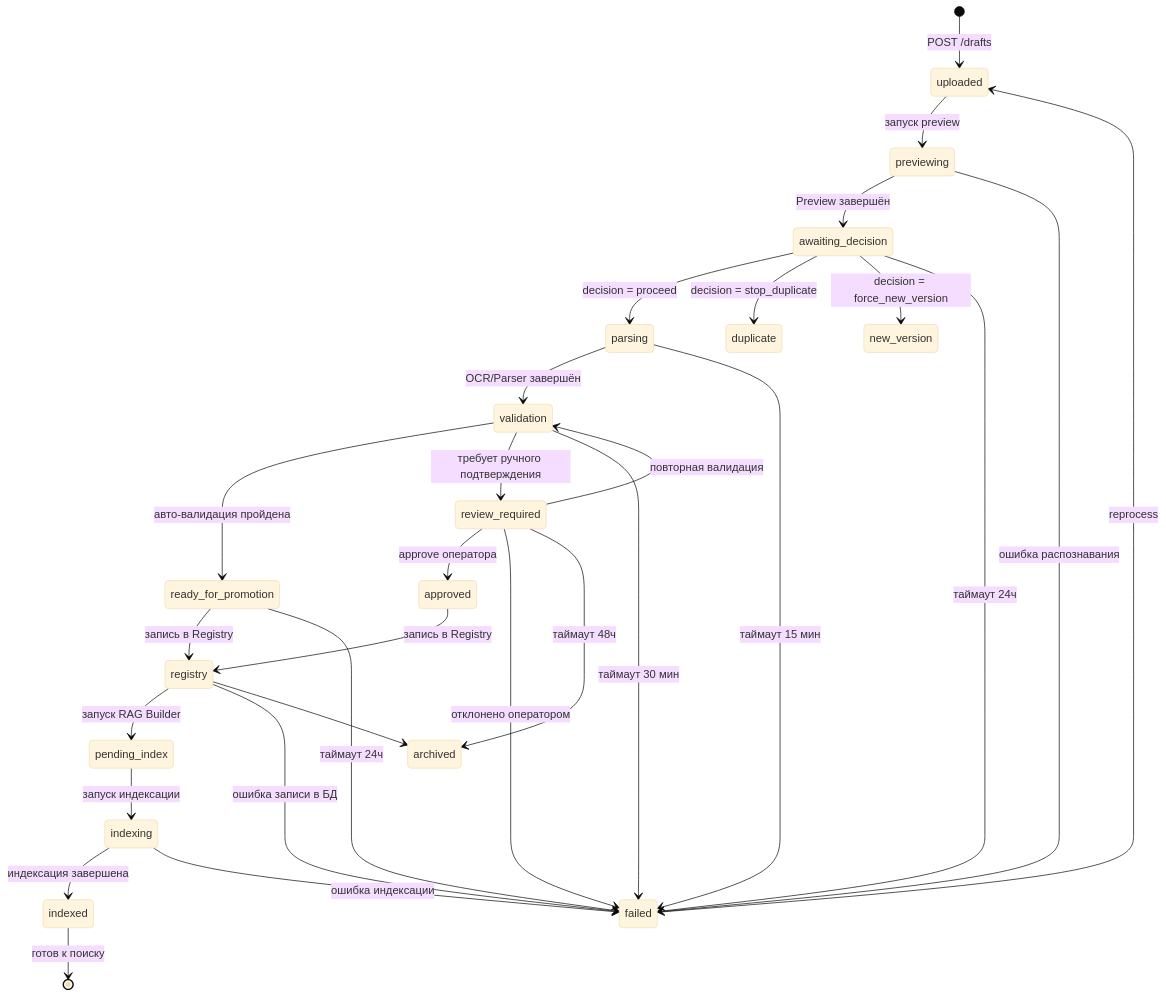
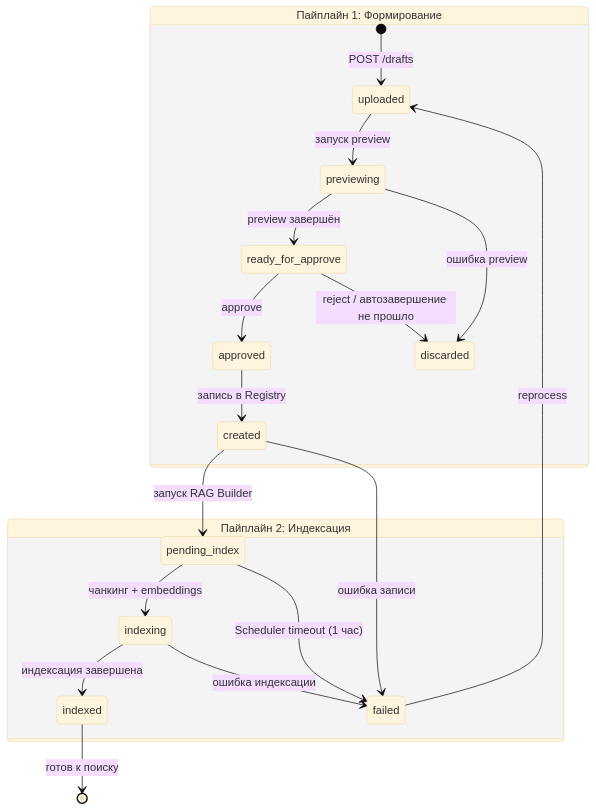
The second of 4 diagrams in docs/pipelines/pipeline1-formation.md (MasterKSAF/PKB), drawn with Mermaid (base theme) before and after one commit. The commit also changed other lines of this file and 14 other files, not shown here.

````diff
--- a/docs/pipelines/pipeline1-formation.md
+++ b/docs/pipelines/pipeline1-formation.md
@@ -250,40 +250,23 @@
 ```mermaid
 stateDiagram-v2
-    [*] --> uploaded : POST /drafts
-    uploaded --> previewing : запуск preview
-    previewing --> awaiting_decision : Preview завершён
-    previewing --> failed : ошибка распознавания
-
-    awaiting_decision --> parsing : decision = proceed
-    awaiting_decision --> duplicate : decision = stop_duplicate
-    awaiting_decision --> new_version : decision = force_new_version
-    awaiting_decision --> failed : таймаут 24ч
-
-    parsing --> validation : OCR/Parser завершён
-    parsing --> failed : таймаут 15 мин
-
-    validation --> ready_for_promotion : авто-валидация пройдена
-    validation --> review_required : требует ручного подтверждения
-    validation --> failed : таймаут 30 мин
-
-    review_required --> approved : approve оператора
-    review_required --> validation : повторная валидация
-    review_required --> failed : отклонено оператором
-    review_required --> archived : таймаут 48ч
-
-    ready_for_promotion --> registry : запись в Registry
-    ready_for_promotion --> failed : таймаут 24ч
-
-    approved --> registry : запись в Registry
-
-    registry --> pending_index : запуск RAG Builder
-    registry --> failed : ошибка записи в БД
-    registry --> archived
-
-    pending_index --> indexing : запуск индексации
-    indexing --> indexed : индексация завершена
-    indexing --> failed : ошибка индексации
+    state "Пайплайн 1: Формирование" as P1 {
+        [*] --> uploaded : POST /drafts
+        uploaded --> previewing : запуск preview
+        previewing --> ready_for_approve : preview завершён
+        previewing --> discarded : ошибка preview
+        ready_for_approve --> approved : approve
+        ready_for_approve --> discarded : reject / автозавершение не прошло
+        approved --> created : запись в Registry
+        
+        created --> pending_index : запуск RAG Builder
+        created --> failed : ошибка записи
+    }
+    state "Пайплайн 2: Индексация" as P2 {
+        pending_index --> indexing : чанкинг + embeddings
+        indexing --> indexed : индексация завершена
+        indexing --> failed : ошибка индексации
+        pending_index --> failed : Scheduler timeout (1 час)
+    }
     indexed --> [*] : готов к поиску
-
     failed --> uploaded : reprocess
 ```
````
